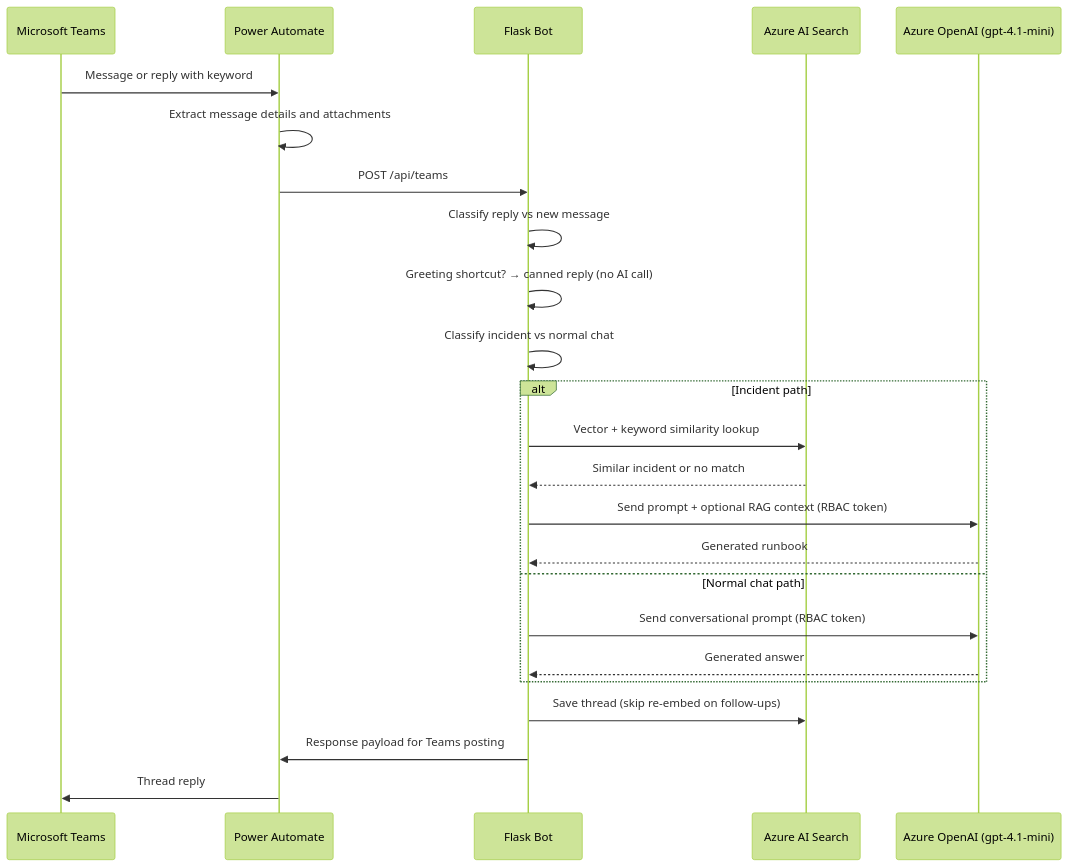
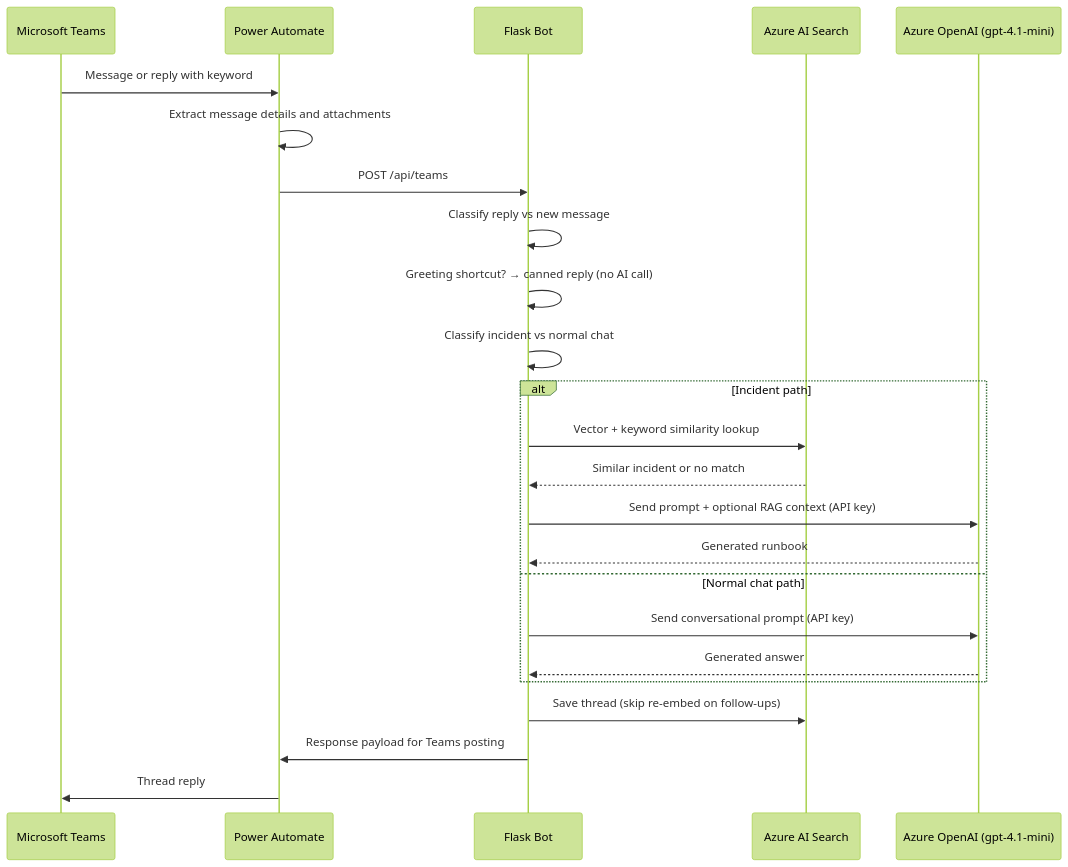
Before and after one commit to Nishaanth419/SRE_Bot_Bosch: the second of 2 diagrams in README.md, drawn with Mermaid (forest theme). The commit also changed other lines of this file and 2 other files, not shown here.

Commit message:
Working bot for Bosch tenent using api keys and openAI

````diff
--- a/README.md
+++ b/README.md
@@ -79,27 +79,27 @@
 ```mermaid
 sequenceDiagram
     participant Teams as Microsoft Teams
     participant PA as Power Automate
     participant Bot as Flask Bot
     participant Search as Azure AI Search
     participant OAI as Azure OpenAI (gpt-4.1-mini)
 
     Teams->>PA: Message or reply with keyword
     PA->>PA: Extract message details and attachments
     PA->>Bot: POST /api/teams
     Bot->>Bot: Classify reply vs new message
     Bot->>Bot: Greeting shortcut? → canned reply (no AI call)
     Bot->>Bot: Classify incident vs normal chat
     alt Incident path
         Bot->>Search: Vector + keyword similarity lookup
         Search-->>Bot: Similar incident or no match
-      Bot->>OAI: Send prompt + optional RAG context (RBAC token)
+      Bot->>OAI: Send prompt + optional RAG context (API key)
       OAI-->>Bot: Generated runbook
     else Normal chat path
-      Bot->>OAI: Send conversational prompt (RBAC token)
+      Bot->>OAI: Send conversational prompt (API key)
       OAI-->>Bot: Generated answer
     end
     Bot->>Search: Save thread (skip re-embed on follow-ups)
     Bot->>PA: Response payload for Teams posting
     PA->>Teams: Thread reply
 ```
````
